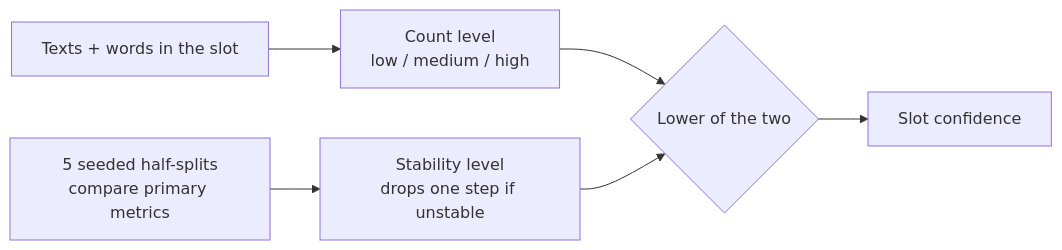
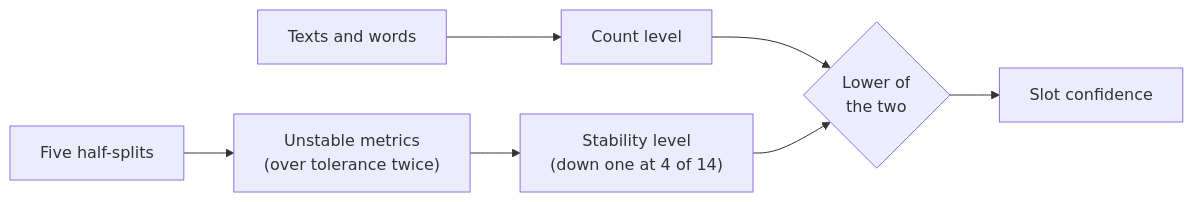
Before and after one commit to JeffWouters/Claude-Skill-Idiolect: the diagram in docs/idiolect-design-diagram-sources/07-confidence.mmd, drawn with Mermaid. The commit also changed 4 other files, not shown here.

```diff
--- a/docs/idiolect-design-diagram-sources/07-confidence.mmd
+++ b/docs/idiolect-design-diagram-sources/07-confidence.mmd
@@ -1,6 +1,6 @@
 flowchart LR
-    C["Texts + words in the slot"] --> CL["Count level<br/>low / medium / high"]
-    H["5 seeded half-splits<br/>compare primary metrics"] --> SL["Stability level<br/>drops one step if unstable"]
-    CL --> MIN{"Lower of the two"}
+    C["Texts and words"] --> CL["Count level"]
+    H["Five half-splits"] --> U["Unstable metrics<br/>(over tolerance twice)"] --> SL["Stability level<br/>(down one at 4 of 14)"]
+    CL --> MIN{"Lower of<br/>the two"}
     SL --> MIN
     MIN --> CF["Slot confidence"]
```
